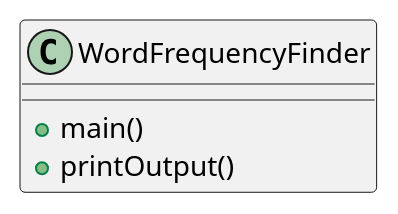
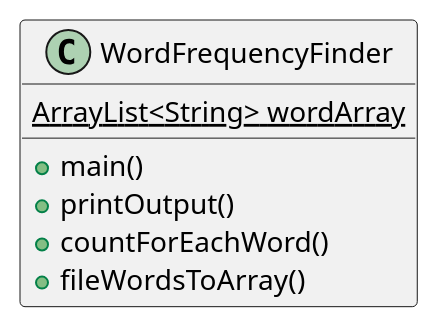
Before and after one commit to JesseJ756/JavaPractice: the diagram in src/main/java/ex46/ex46.puml, drawn with PlantUML. The commit also changed 3 other files, not shown here.

Commit message:
completed ex46 UML and created test files

```diff
--- a/src/main/java/ex46/ex46.puml
+++ b/src/main/java/ex46/ex46.puml
@@ -1,7 +1,12 @@
 @startuml
 'https://plantuml.com/sequence-diagram
-
-WordFrequencyFinder : + main()
-WordFrequencyFinder : + printOutput()
+class WordFrequencyFinder
+{
+{static} ArrayList<String> wordArray
++ main()
++ printOutput()
++ countForEachWord()
++ fileWordsToArray()
+}
 
 @enduml
```
